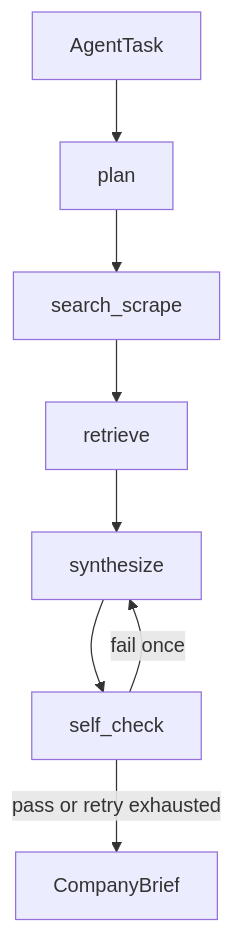
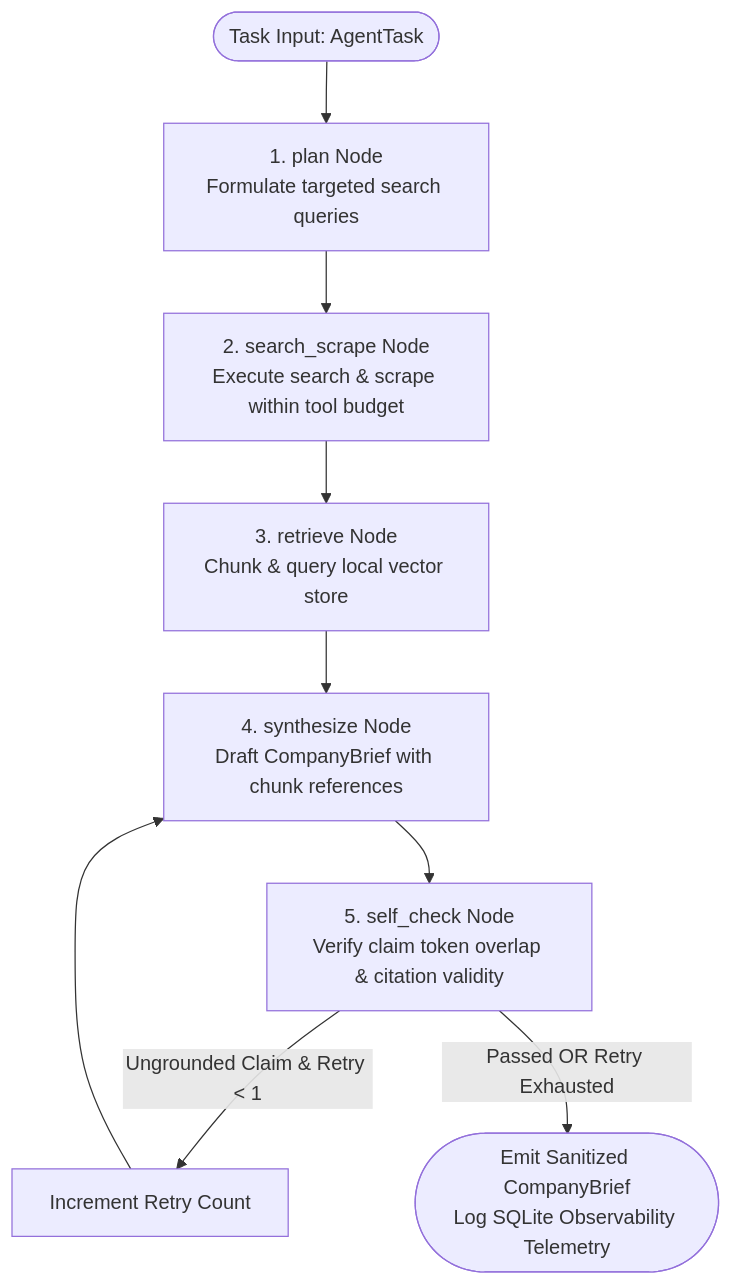
One commit to sdn9300/research-agent changed the second of 2 diagrams in README.md. Above: the diagram before and after it, drawn with Mermaid. The commit also changed other lines of this file, not shown here.

Commit message:
docs: update README with complete Phase 0-4 architecture, evaluation benchmarks, and contracts

````diff
--- a/README.md
+++ b/README.md
@@ -54,10 +34,11 @@
 ```mermaid
 flowchart TD
-    A[AgentTask] --> B[plan]
-    B --> C[search_scrape]
-    C --> D[retrieve]
-    D --> E[synthesize]
-    E --> F[self_check]
-    F -->|fail once| E
-    F -->|pass or retry exhausted| G[CompanyBrief]
+    Start([Task Input: AgentTask]) --> Plan[1. plan Node\nFormulate targeted search queries]
+    Plan --> SearchScrape[2. search_scrape Node\nExecute search & scrape within tool budget]
+    SearchScrape --> Retrieve[3. retrieve Node\nChunk & query local vector store]
+    Retrieve --> Synthesize[4. synthesize Node\nDraft CompanyBrief with chunk references]
+    Synthesize --> SelfCheck[5. self_check Node\nVerify claim token overlap & citation validity]
+    
+    SelfCheck -->|Ungrounded Claim & Retry < 1| Retry[Increment Retry Count] --> Synthesize
+    SelfCheck -->|Passed OR Retry Exhausted| Output([Emit Sanitized CompanyBrief\nLog SQLite Observability Telemetry])
 ```
````
